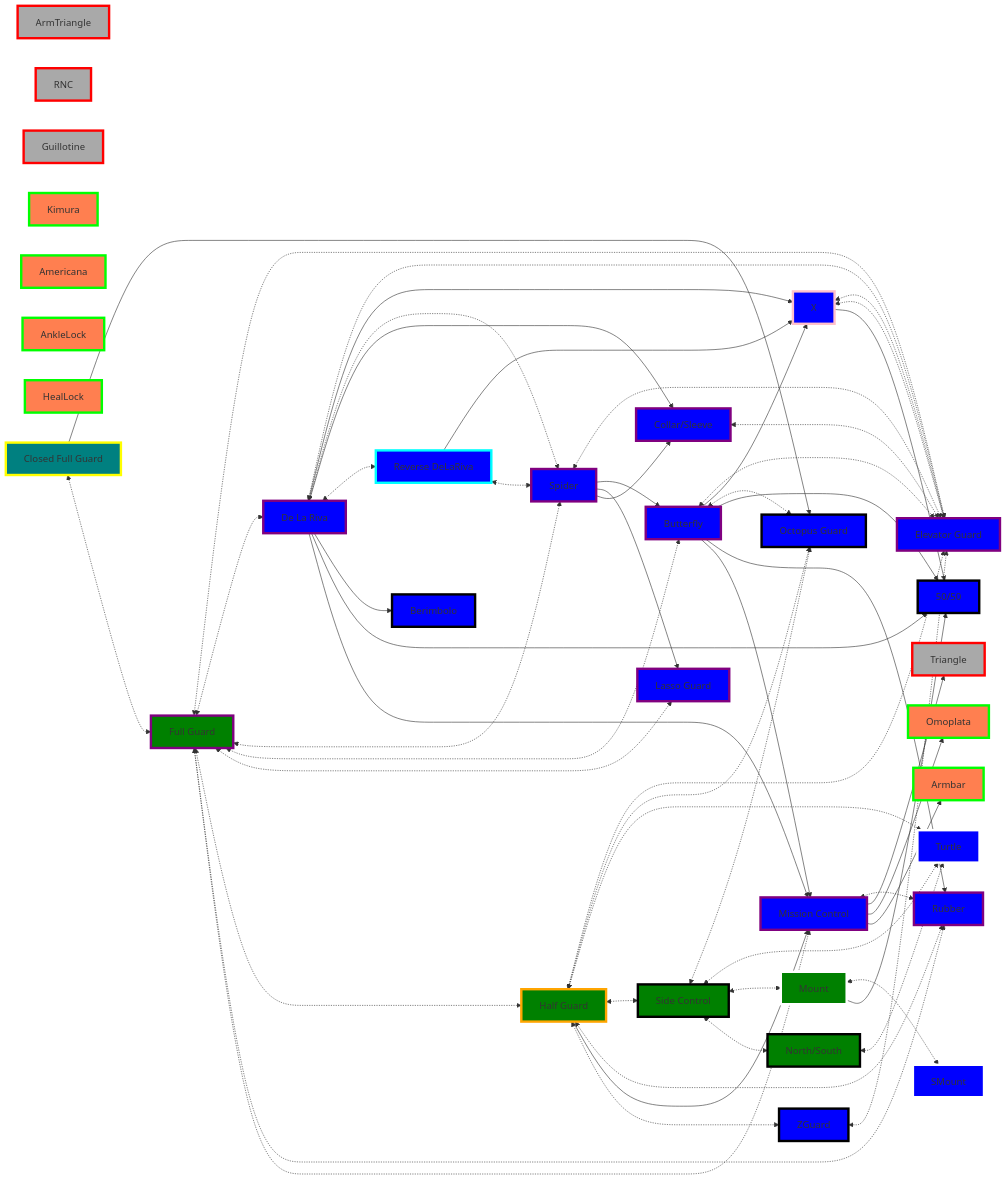
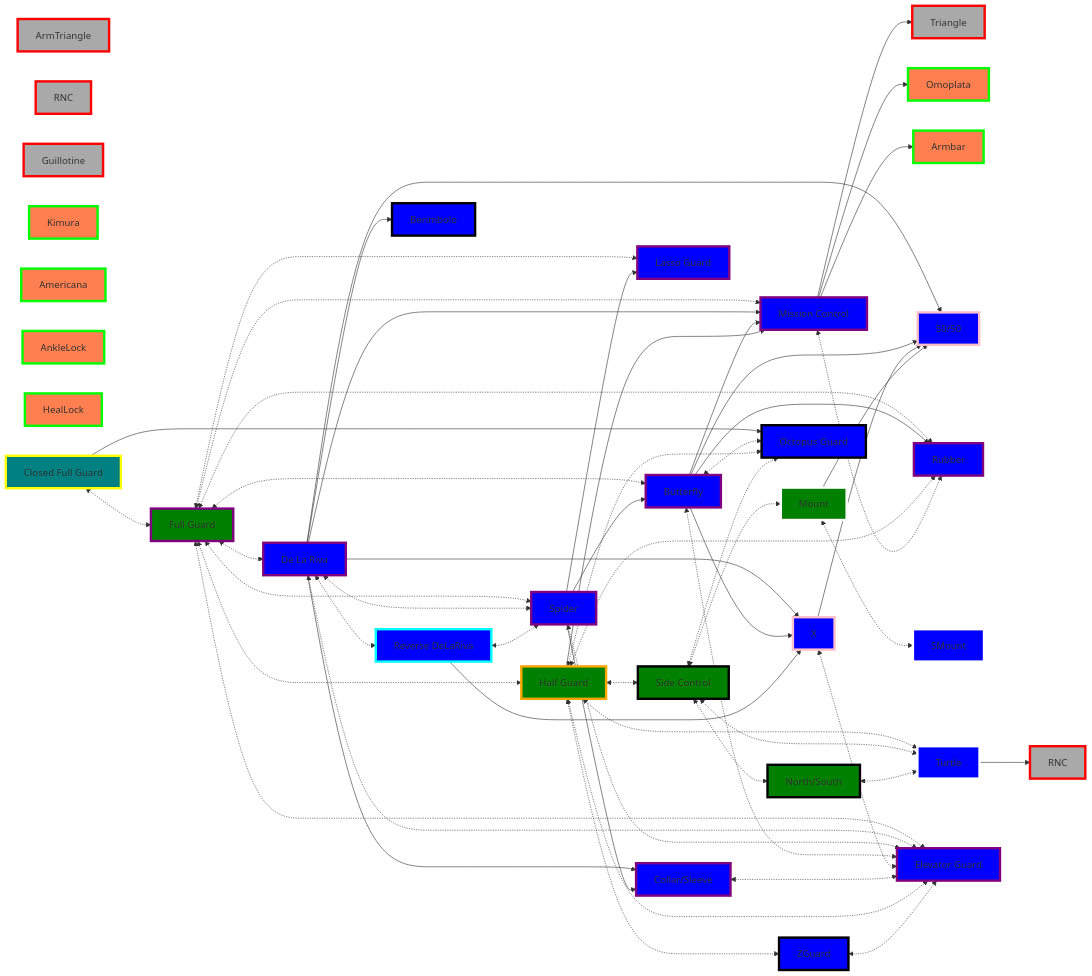
Before and after one commit to jacgit18/DevHiveMind: the second of 4 diagrams in _Fitness/BJJ Priority Flows.md, drawn with Mermaid. The commit also changed other lines of this file, not shown here.

Commit message:
M "_Fitness/BJJ Priority Flows.md"

````diff
--- a/_Fitness/BJJ Priority Flows.md
+++ b/_Fitness/BJJ Priority Flows.md
@@ -241,9 +241,9 @@
 ``` mermaid
 flowchart LR
-	Closed[Closed Full Guard] 
     A[Full Guard] 
     B[De La Riva] 
     C[Spider]
+    Closed[Closed Full Guard] 
     D[Butterfly]
     E[Lasso Guard]
     F[X]
@@ -264,45 +264,17 @@
 	ElevatorGuard[Elevator Guard]
 
 	1[Triangle]
-
+	2[RNC]
 	3[Omoplata]
 	4[Armbar]
 	5[ArmTriangle]
 	6[RNC]
 	7[Guillotine]
-
 	8[Kimura]
 	9[Americana]
 	10[AnkleLock]
-
 	11[HealLock]
 
-	J <-.-> SMount
-
-	A <-.-> ElevatorGuard
-	B <-.-> ElevatorGuard
-	C <-.-> ElevatorGuard
-	D <-.-> ElevatorGuard
-	F <-.-> ElevatorGuard
-	G <-.-> ElevatorGuard
-	H <-.-> ElevatorGuard
-	Z <-.-> ElevatorGuard
-
-	F <-.-> ElevatorGuard
-	B --> F
-	D --> F
-	F --> N
-	L --> F
-	
-	Closed --> OctopusGuard
-	D <-.-> OctopusGuard
-	H <-.-> OctopusGuard
-	I <-.-> OctopusGuard
-	H <-.-> Turtle
-	I <-.-> Turtle
-	K <-.-> Turtle
-	
-	Closed <-.-> A
     A <-.-> B
     A <-.-> C
     A <-.-> D
@@ -310,36 +282,52 @@
     A <-.-> H
     A <-.-> Q
     A <-.-> R
+    A <-.-> ElevatorGuard
     B <-.-> C
-
+	B --> F
     B --> G
     B <-.-> L
     B --> M
     B --> N
-
     B --> R
+    B <-.-> ElevatorGuard
     C --> D
     C --> E
     C --> G
-
+    C <-.-> ElevatorGuard
+	Closed <-.-> A
+	Closed --> OctopusGuard
+	D --> F
 	D --> N
 	D --> Q
 	D --> R
-
+	D <-.-> OctopusGuard
+	D <-.-> ElevatorGuard
+	F --> N
+	F <-.-> ElevatorGuard
+	G <-.-> ElevatorGuard
 	H <-.-> I
 	H <-.-> Q 
 	H --> R
 	H <-.-> Z
+	H <-.-> ElevatorGuard
+	H <-.-> OctopusGuard
+	H <-.-> Turtle
 	I <-.-> J
+	I <-.-> OctopusGuard
+	I <-.-> Turtle
 	J --> N
+	J <-.-> SMount
+	K <-.-> Turtle
 	L <-.-> C
-
+	L --> F
 	I <-.-> K
 	R <-.-> Q 
 	R --> 1
-
 	R --> 3 
 	R --> 4 
+	Turtle --> 2 
+	Z <-.-> ElevatorGuard
 
 style SMount fill:blue,stroke:white,stroke-width:4px,shadow:shadow
 
@@ -377,7 +365,7 @@
 
 style M fill:blue,stroke:black,stroke-width:4px,shadow:shadow
 
-style N fill:blue,stroke:black,stroke-width:4px,shadow:shadow
+style N fill:blue,stroke:pink,stroke-width:4px,shadow:shadow
 
 style Q fill:blue,stroke:purple,stroke-width:4px,shadow:shadow
 
@@ -388,6 +376,7 @@
 
 style 1 fill:darkgray,stroke:red,stroke-width:4px,shadow:shadow
 
+style 2 fill:darkgray,stroke:red,stroke-width:4px,shadow:shadow
 
 style 3 fill:coral,stroke:lime,stroke-width:4px,shadow:shadow
 
````
